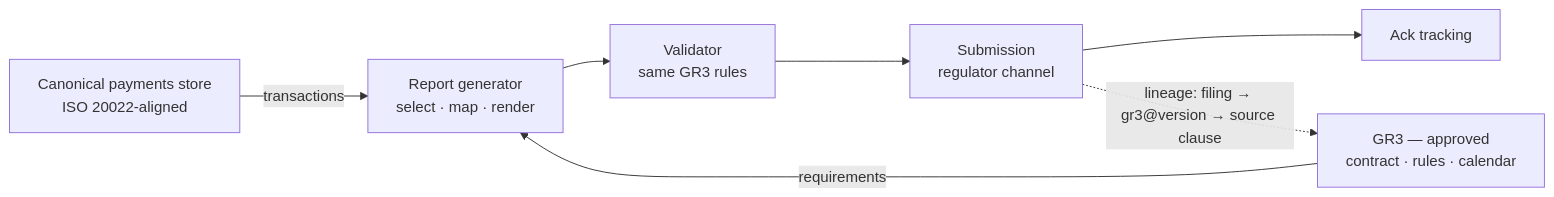
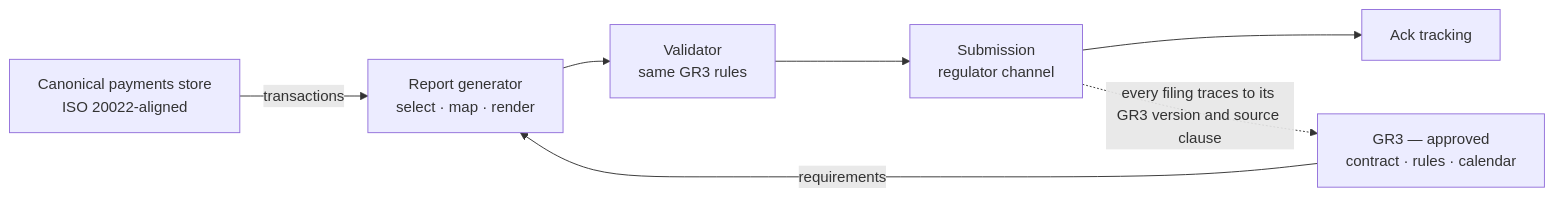
The fourth of 4 diagrams in README.md (ysudhir/GR3), drawn with Mermaid before and after one commit.

Commit message:
fix: plain-text edge label so report-generation diagram renders

````diff
--- a/README.md
+++ b/README.md
@@ -90,13 +90,13 @@
 ```mermaid
 flowchart LR
     P["Canonical payments store<br/>ISO 20022-aligned"]
     GR3A["GR3 — approved<br/>contract · rules · calendar"]
     G["Report generator<br/>select · map · render"]
     V["Validator<br/>same GR3 rules"]
     S["Submission<br/>regulator channel"]
     K["Ack tracking"]
     P -- transactions --> G
     GR3A -- requirements --> G
     G --> V --> S --> K
-    S -.->|"lineage: filing → gr3@version → source clause"| GR3A
+    S -.->|every filing traces to its GR3 version and source clause| GR3A
 ```
````
